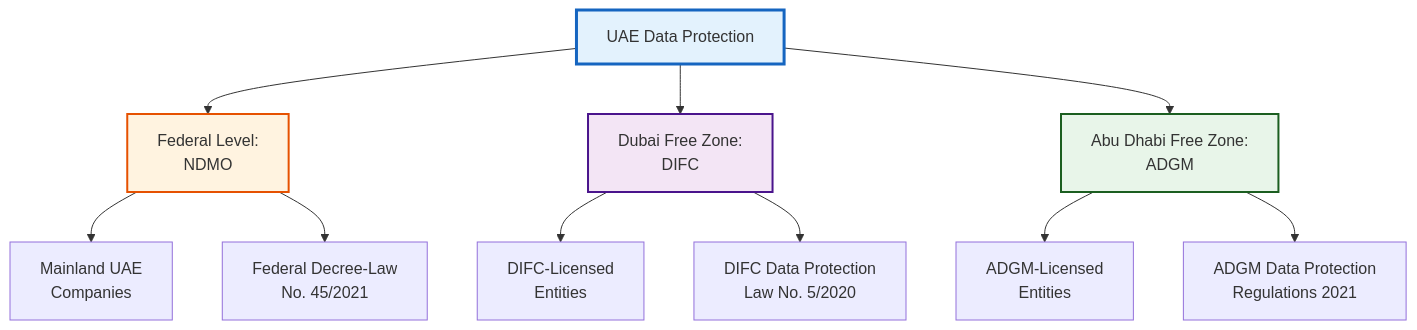
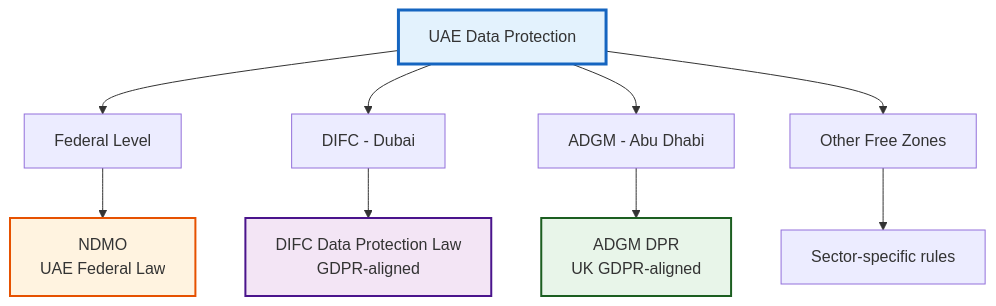
The diagram in docs/uae-regulatory-framework.md (ArjunFrancis/ComplyGuard-AI), drawn with Mermaid before and after one commit. The commit also changed other lines of this file, not shown here.

Commit message:
docs: Add UAE regulatory framework analysis for regional compliance

````diff
--- a/docs/uae-regulatory-framework.md
+++ b/docs/uae-regulatory-framework.md
@@ -31,19 +32,17 @@
 ```mermaid
 graph TB
-    A[UAE Data Protection] --> B[Federal Level:<br/>NDMO]
-    A --> C[Dubai Free Zone:<br/>DIFC]
-    A --> D[Abu Dhabi Free Zone:<br/>ADGM]
+    A[UAE Data Protection] --> B[Federal Level]
+    A --> C[DIFC - Dubai]
+    A --> D[ADGM - Abu Dhabi]
+    A --> E[Other Free Zones]
     
-    B --> E[Mainland UAE<br/>Companies]
-    C --> F[DIFC-Licensed<br/>Entities]
-    D --> G[ADGM-Licensed<br/>Entities]
-    
-    B --> H[Federal Decree-Law<br/>No. 45/2021]
-    C --> I[DIFC Data Protection<br/>Law No. 5/2020]
-    D --> J[ADGM Data Protection<br/>Regulations 2021]
+    B --> F[NDMO<br/>UAE Federal Law]
+    C --> G[DIFC Data Protection Law<br/>GDPR-aligned]
+    D --> H[ADGM DPR<br/>UK GDPR-aligned]
+    E --> I[Sector-specific rules]
     
     style A fill:#e3f2fd,stroke:#1565c0,stroke-width:3px
-    style B fill:#fff3e0,stroke:#e65100,stroke-width:2px
-    style C fill:#f3e5f5,stroke:#4a148c,stroke-width:2px
-    style D fill:#e8f5e9,stroke:#1b5e20,stroke-width:2px
+    style F fill:#fff3e0,stroke:#e65100,stroke-width:2px
+    style G fill:#f3e5f5,stroke:#4a148c,stroke-width:2px
+    style H fill:#e8f5e9,stroke:#1b5e20,stroke-width:2px
 ```
````
